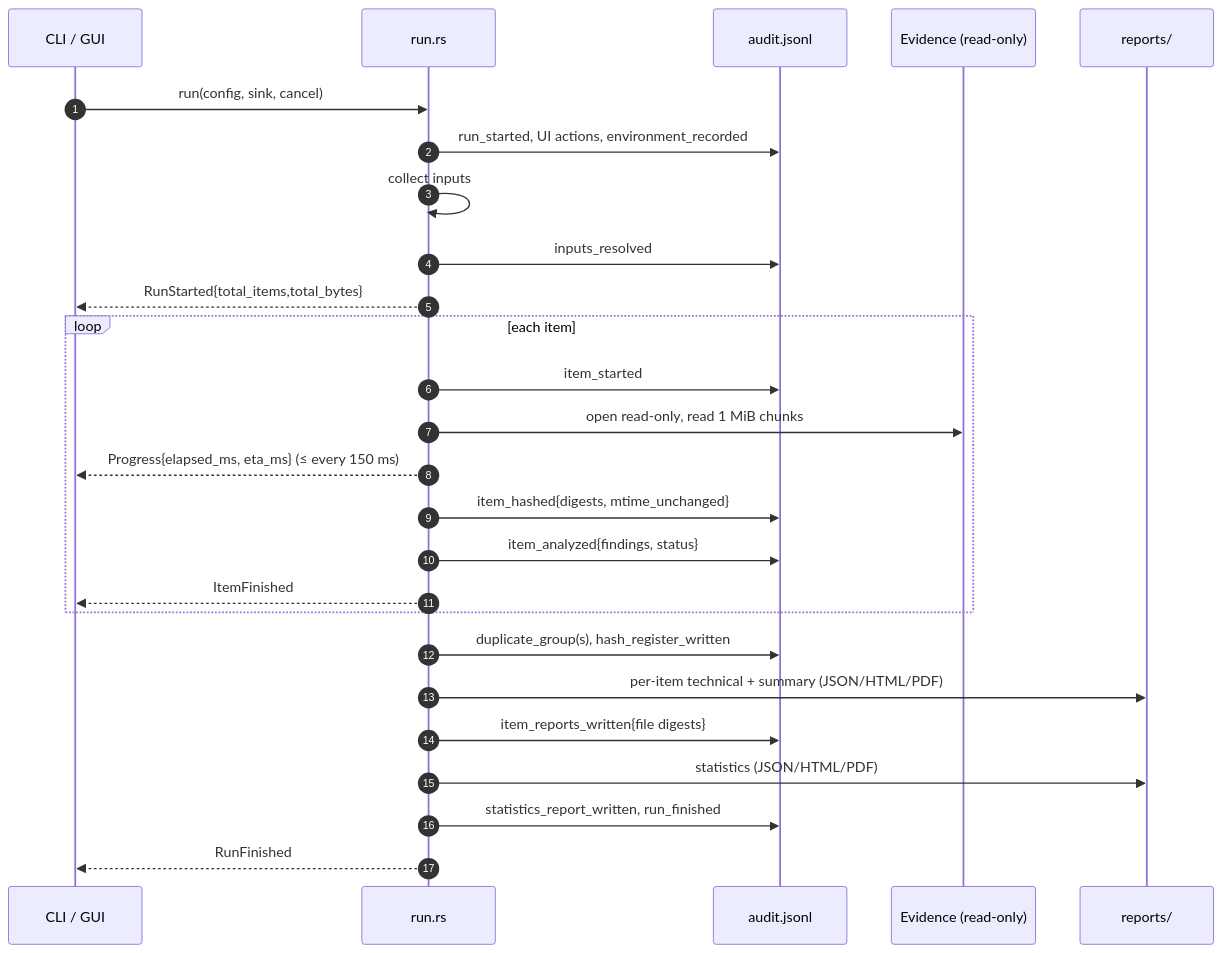
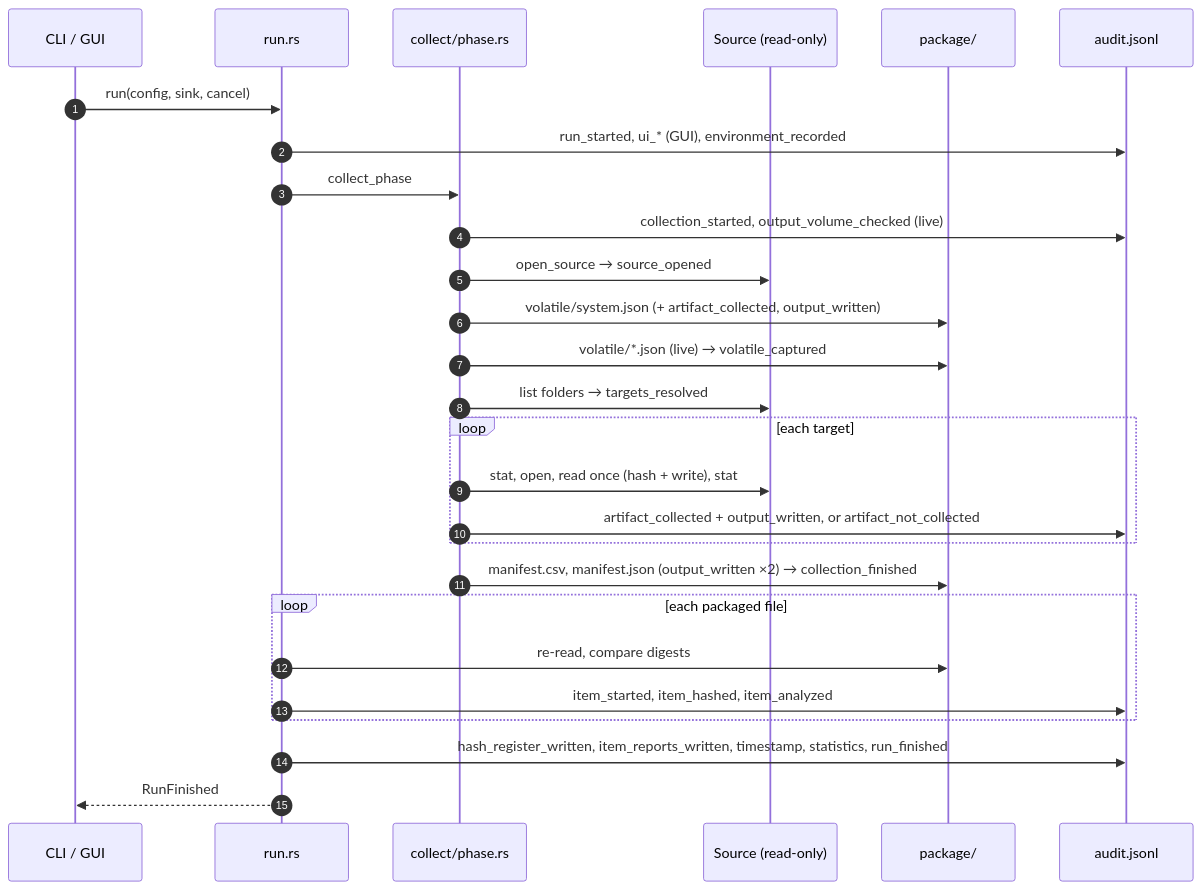
The second of 4 diagrams in docs/architecture.md (Panacota96/rv-triage), drawn with Mermaid before and after one commit. The commit also changed other lines of this file and 85 other files, not shown here.

First line of the commit message:
feat: RV Triage v0.1 — live Windows collection (#6)

````diff
--- a/docs/architecture.md
+++ b/docs/architecture.md
@@ -48,28 +55,29 @@
 ```mermaid
 sequenceDiagram
     autonumber
     participant UI as CLI / GUI
     participant R as run.rs
+    participant P as collect/phase.rs
+    participant S as Source (read-only)
+    participant K as package/
     participant A as audit.jsonl
-    participant FS as Evidence (read-only)
-    participant O as reports/
     UI->>R: run(config, sink, cancel)
-    R->>A: run_started, UI actions, environment_recorded
-    R->>R: collect inputs
-    R->>A: inputs_resolved
-    R-->>UI: RunStarted{total_items,total_bytes}
-    loop each item
-        R->>A: item_started
-        R->>FS: open read-only, read 1 MiB chunks
-        R-->>UI: Progress{elapsed_ms, eta_ms} (≤ every 150 ms)
-        R->>A: item_hashed{digests, mtime_unchanged}
-        R->>A: item_analyzed{findings, status}
-        R-->>UI: ItemFinished
+    R->>A: run_started, ui_* (GUI), environment_recorded
+    R->>P: collect_phase
+    P->>A: collection_started, output_volume_checked (live)
+    P->>S: open_source → source_opened
+    P->>K: volatile/system.json (+ artifact_collected, output_written)
+    P->>K: volatile/*.json (live) → volatile_captured
+    P->>S: list folders → targets_resolved
+    loop each target
+        P->>S: stat, open, read once (hash + write), stat
+        P->>A: artifact_collected + output_written, or artifact_not_collected
     end
-    R->>A: duplicate_group(s), hash_register_written
-    R->>O: per-item technical + summary (JSON/HTML/PDF)
-    R->>A: item_reports_written{file digests}
-    R->>O: statistics (JSON/HTML/PDF)
-    R->>A: statistics_report_written, run_finished
+    P->>K: manifest.csv, manifest.json (output_written ×2) → collection_finished
+    loop each packaged file
+        R->>K: re-read, compare digests
+        R->>A: item_started, item_hashed, item_analyzed
+    end
+    R->>A: hash_register_written, item_reports_written, timestamp, statistics, run_finished
     R-->>UI: RunFinished
 ```
````
